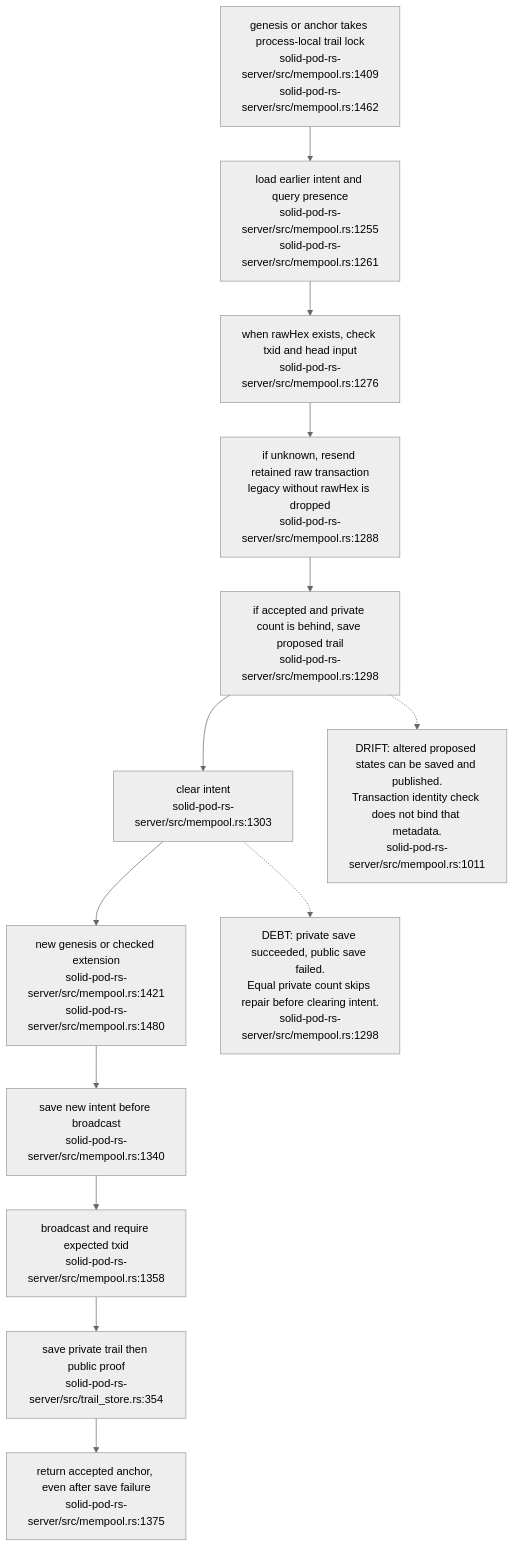
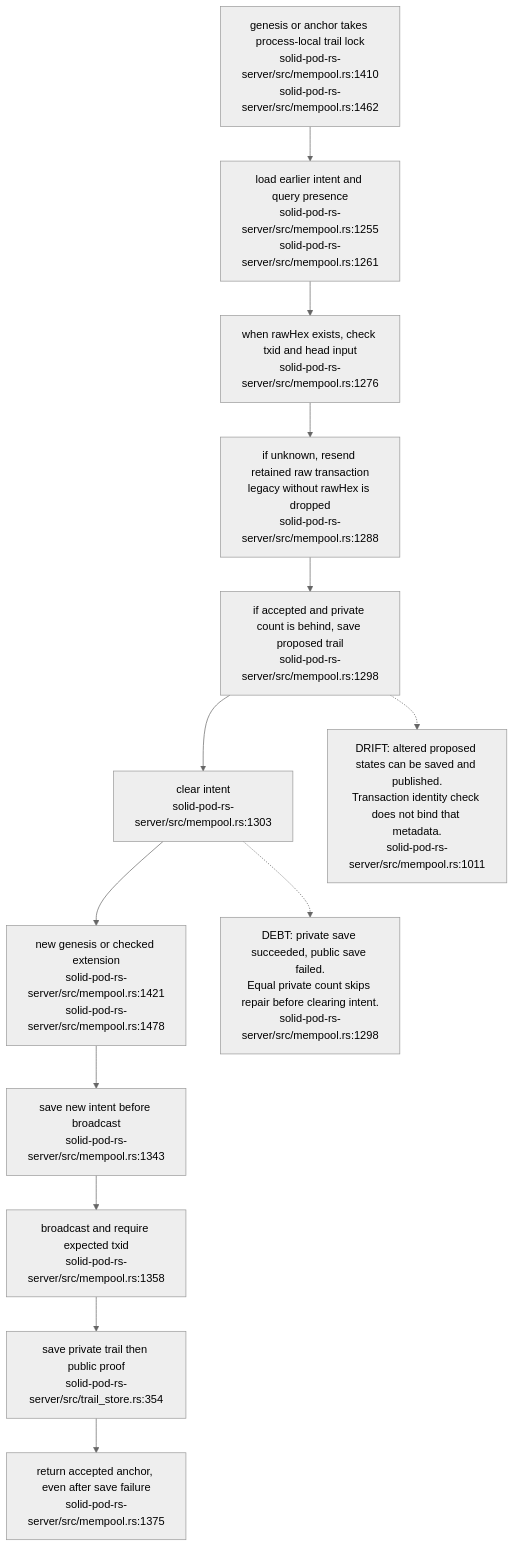
One commit to DreamLab-AI/VisionFlow changed diagram 19 of 19 in docs/diagrams/solid-pod-rs/07-provenance-and-payments.md. Above: the diagram before and after it, drawn with Mermaid (neutral theme). The commit also changed other lines of this file and 47 other files, not shown here.

````diff
--- a/docs/diagrams/solid-pod-rs/07-provenance-and-payments.md
+++ b/docs/diagrams/solid-pod-rs/07-provenance-and-payments.md
@@ -530,19 +540,19 @@
 ```mermaid
 flowchart TD
-    CALL["genesis or anchor takes process-local trail lock<br/>solid-pod-rs-server/src/mempool.rs:1409<br/>solid-pod-rs-server/src/mempool.rs:1462"]
+    CALL["genesis or anchor takes process-local trail lock<br/>solid-pod-rs-server/src/mempool.rs:1410<br/>solid-pod-rs-server/src/mempool.rs:1462"]
     REC["load earlier intent and query presence<br/>solid-pod-rs-server/src/mempool.rs:1255<br/>solid-pod-rs-server/src/mempool.rs:1261"]
     CHECK["when rawHex exists, check txid and head input<br/>solid-pod-rs-server/src/mempool.rs:1276"]
     PRESENT["if unknown, resend retained raw transaction<br/>legacy without rawHex is dropped<br/>solid-pod-rs-server/src/mempool.rs:1288"]
     SAVE["if accepted and private count is behind, save proposed trail<br/>solid-pod-rs-server/src/mempool.rs:1298"]
     CLEAR["clear intent<br/>solid-pod-rs-server/src/mempool.rs:1303"]
-    BUILD["new genesis or checked extension<br/>solid-pod-rs-server/src/mempool.rs:1421<br/>solid-pod-rs-server/src/mempool.rs:1480"]
-    INT["save new intent before broadcast<br/>solid-pod-rs-server/src/mempool.rs:1340"]
+    BUILD["new genesis or checked extension<br/>solid-pod-rs-server/src/mempool.rs:1421<br/>solid-pod-rs-server/src/mempool.rs:1478"]
+    INT["save new intent before broadcast<br/>solid-pod-rs-server/src/mempool.rs:1343"]
     BC["broadcast and require expected txid<br/>solid-pod-rs-server/src/mempool.rs:1358"]
     FILES["save private trail then public proof<br/>solid-pod-rs-server/src/trail_store.rs:354"]
     RET["return accepted anchor, even after save failure<br/>solid-pod-rs-server/src/mempool.rs:1375"]
     CALL --> REC --> CHECK --> PRESENT --> SAVE --> CLEAR --> BUILD --> INT --> BC --> FILES --> RET
     BAD["DRIFT: altered proposed states can be saved and published.<br/>Transaction identity check does not bind that metadata.<br/>solid-pod-rs-server/src/mempool.rs:1011"]
     SAVE -.-> BAD
     PART["DEBT: private save succeeded, public save failed.<br/>Equal private count skips repair before clearing intent.<br/>solid-pod-rs-server/src/mempool.rs:1298"]
     CLEAR -.-> PART
 ```
````
